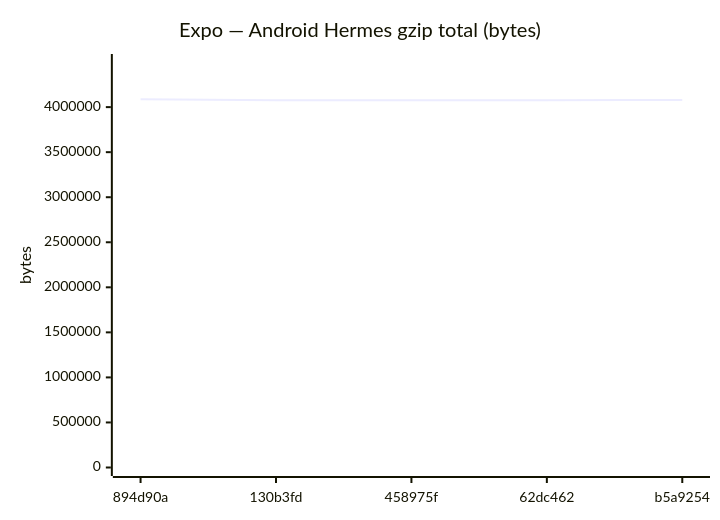
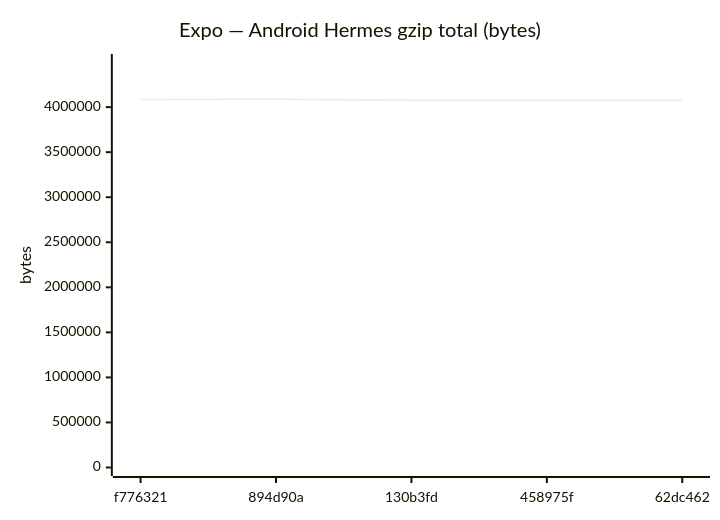
Diagram 11 of 18 in benchmarks/compare.md (Metaheurist/Rianell), drawn with Mermaid before and after one commit. The commit also changed other lines of this file and 11 other files, not shown here.

````diff
--- a/benchmarks/compare.md
+++ b/benchmarks/compare.md
@@ -172,7 +172,7 @@
 ```mermaid
 xychart-beta
     title "Expo — Android Hermes gzip total (bytes)"
-    x-axis ["894d90a", "130b3fd", "458975f", "62dc462", "b5a9254"]
+    x-axis ["f776321", "894d90a", "130b3fd", "458975f", "62dc462"]
     y-axis "bytes" 0 --> 4495308
-    line [4086643, 4077332, 4077341, 4077340, 4078885]
+    line [4085830, 4086643, 4077332, 4077341, 4077340]
 ```
````
